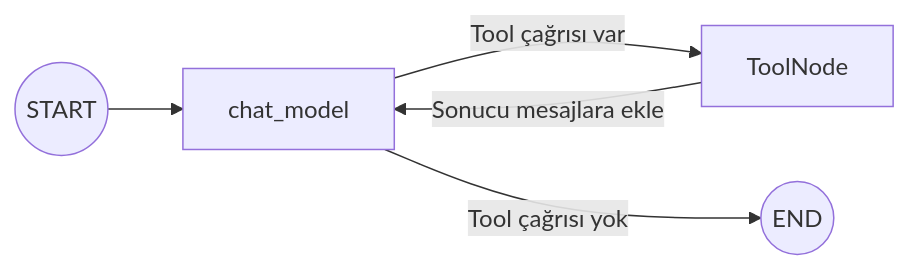
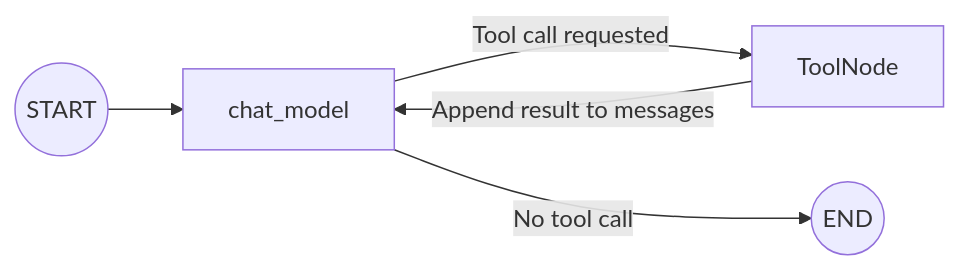
Before and after one commit to gocenalper/customer-assistant-agent: the second of 2 diagrams in README.md, drawn with Mermaid. The commit also changed other lines of this file and 1 other file, not shown here.

````diff
--- a/README.md
+++ b/README.md
@@ -57,7 +57,7 @@
 ```mermaid
 flowchart LR
     S((START)) --> M[chat_model]
-    M -->|Tool çağrısı var| T[ToolNode]
-    T -->|Sonucu mesajlara ekle| M
-    M -->|Tool çağrısı yok| E((END))
+    M -->|Tool call requested| T[ToolNode]
+    T -->|Append result to messages| M
+    M -->|No tool call| E((END))
 ```
````
